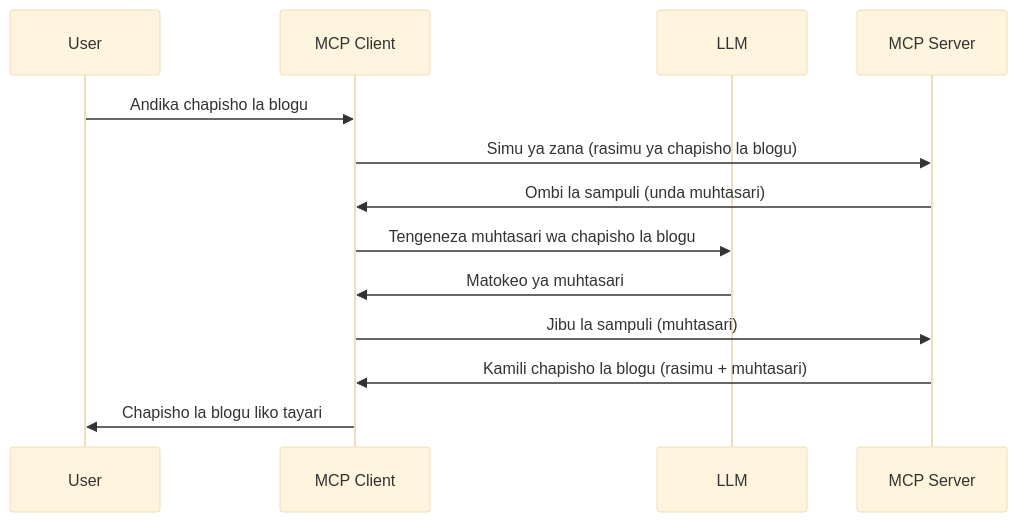
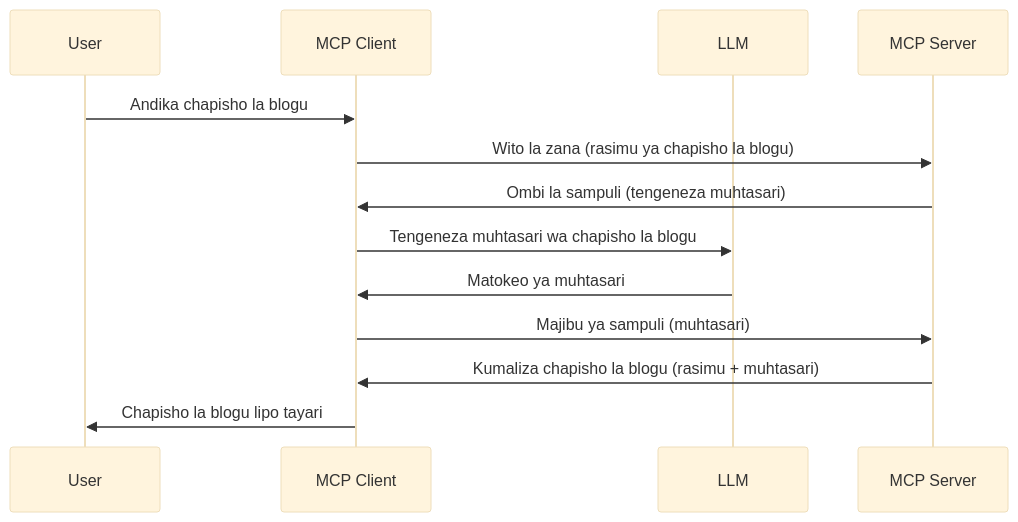
Before and after one commit to HIDORAKAI002/ai-workspace-archive: the diagram in mcp_ecosystem__model_context_protocol/mcp_learning_resources/mcp-for-beginners/translations/sw/03-GettingStarted/14-sampling/README.md, drawn with Mermaid (base theme). The commit also changed other lines of this file and 1539 other files, not shown here.

````diff
--- a/mcp_ecosystem__model_context_protocol/mcp_learning_resources/mcp-for-beginners/translations/sw/03-GettingStarted/14-sampling/README.md
+++ b/mcp_ecosystem__model_context_protocol/mcp_learning_resources/mcp-for-beginners/translations/sw/03-GettingStarted/14-sampling/README.md
@@ -23,16 +23,16 @@
 ```mermaid
 sequenceDiagram
     participant User
     participant MCP Client
     participant LLM
     participant MCP Server
 
     User->>MCP Client: Andika chapisho la blogu
-    MCP Client->>MCP Server: Simu ya zana (rasimu ya chapisho la blogu)
-    MCP Server->>MCP Client: Ombi la sampuli (unda muhtasari)
+    MCP Client->>MCP Server: Wito la zana (rasimu ya chapisho la blogu)
+    MCP Server->>MCP Client: Ombi la sampuli (tengeneza muhtasari)
     MCP Client->>LLM: Tengeneza muhtasari wa chapisho la blogu
     LLM->>MCP Client: Matokeo ya muhtasari
-    MCP Client->>MCP Server: Jibu la sampuli (muhtasari)
-    MCP Server->>MCP Client: Kamili chapisho la blogu (rasimu + muhtasari)
-    MCP Client->>User: Chapisho la blogu liko tayari
+    MCP Client->>MCP Server: Majibu ya sampuli (muhtasari)
+    MCP Server->>MCP Client: Kumaliza chapisho la blogu (rasimu + muhtasari)
+    MCP Client->>User: Chapisho la blogu lipo tayari
 ```
````
